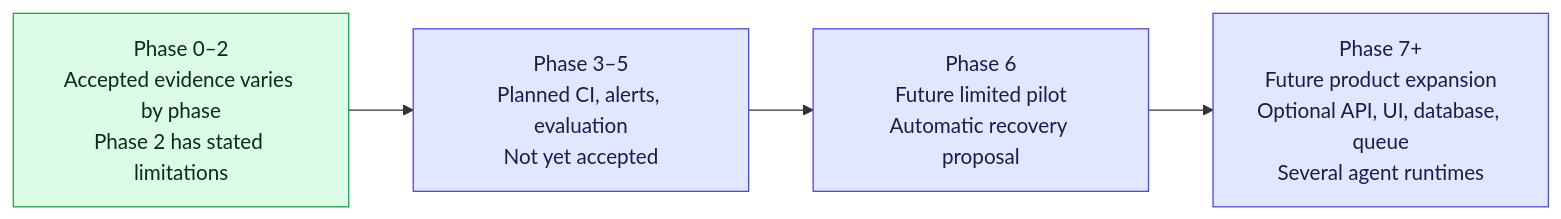
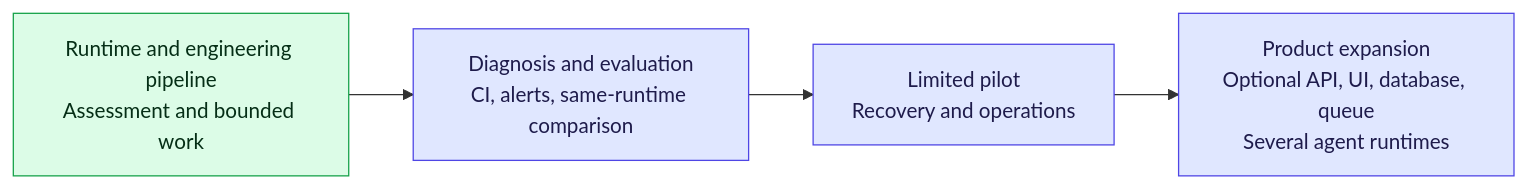
Before and after one commit to mikara89/factory-engineering-portal: the eighth of 8 diagrams in docs/guide/simple-guide.md, drawn with Mermaid. The commit also changed other lines of this file and 8 other files, not shown here.

````diff
--- a/docs/guide/simple-guide.md
+++ b/docs/guide/simple-guide.md
@@ -684,15 +684,15 @@
 ```mermaid
 flowchart LR
-    Now["Phase 0–2<br/>Accepted evidence varies by phase<br/>Phase 2 has stated limitations"]
-    Expanded["Phase 3–5<br/>Planned CI, alerts, evaluation<br/>Not yet accepted"]
-    Pilot["Phase 6<br/>Future limited pilot<br/>Automatic recovery proposal"]
-    Product["Phase 7+<br/>Future product expansion<br/>Optional API, UI, database, queue<br/>Several agent runtimes"]
+    Now["Runtime and engineering pipeline<br/>Assessment and bounded work"]
+    Expanded["Diagnosis and evaluation<br/>CI, alerts, same-runtime comparison"]
+    Pilot["Limited pilot<br/>Recovery and operations"]
+    Product["Product expansion<br/>Optional API, UI, database, queue<br/>Several agent runtimes"]
 
     Now --> Expanded --> Pilot --> Product
 
     classDef current fill:#dcfce7,stroke:#16a34a,color:#052e16;
     classDef future fill:#e0e7ff,stroke:#4f46e5,color:#1e1b4b;
 
     class Now current;
     class Expanded,Pilot,Product future;
 ```
````
